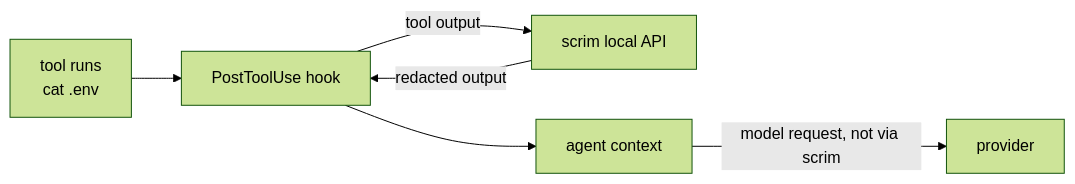
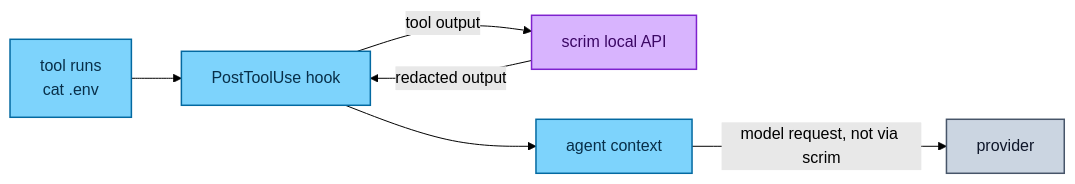
Before and after one commit to Heliopsy/scrim: the seventh of 9 diagrams in docs/interception.md, drawn with Mermaid (forest theme). The commit also changed other lines of this file and 6 other files, not shown here.

Commit message:
docs: new scrim logo and colour-coded mermaid diagrams

````diff
--- a/docs/interception.md
+++ b/docs/interception.md
@@ -508,7 +563,13 @@
 ```mermaid
 flowchart LR
   tool["tool runs<br>cat .env"] --> hook["PostToolUse hook"]
   hook -- "tool output" --> api["scrim local API"]
   api -- "redacted output" --> hook --> agent["agent context"]
   agent -- "model request, not via scrim" --> prov["provider"]
+  classDef agent fill:#7dd3fc,stroke:#0369a1,stroke-width:1.5px,color:#082f49
+  classDef cplane fill:#d8b4fe,stroke:#7e22ce,stroke-width:1.5px,color:#3b0764
+  classDef ext fill:#cbd5e1,stroke:#475569,stroke-width:1.5px,color:#0f172a
+  class tool,hook,agent agent
+  class api cplane
+  class prov ext
 ```
````
